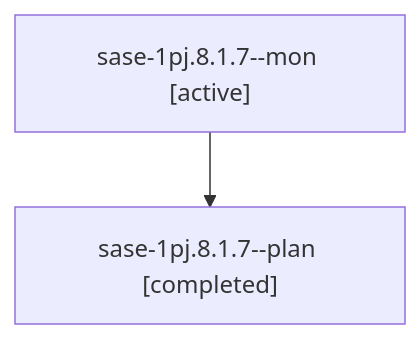
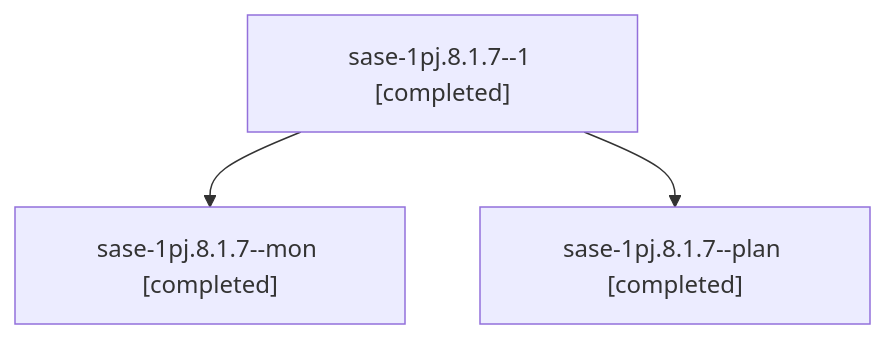
Before and after one commit to sase-org/sase--agents: the diagram in sessions/bbugyi200.athena.sase-1pj.8.1.7.md, drawn with Mermaid. The commit also changed other lines of this file and 129 other files, not shown here.

````diff
--- a/sessions/bbugyi200.athena.sase-1pj.8.1.7.md
+++ b/sessions/bbugyi200.athena.sase-1pj.8.1.7.md
@@ -9,6 +9,8 @@
 ```mermaid
 flowchart TD
-  n0["sase-1pj.8.1.7--mon [active]"]
-  n1["sase-1pj.8.1.7--plan [completed]"]
+  n0["sase-1pj.8.1.7--1 [completed]"]
+  n1["sase-1pj.8.1.7--mon [completed]"]
   n0 --> n1
+  n2["sase-1pj.8.1.7--plan [completed]"]
+  n0 --> n2
 ```
````
